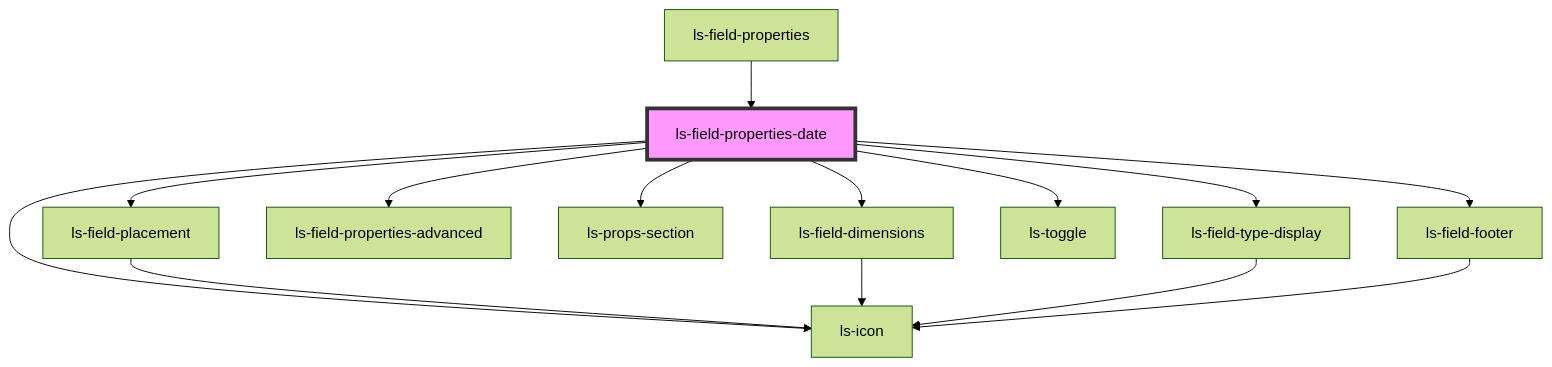
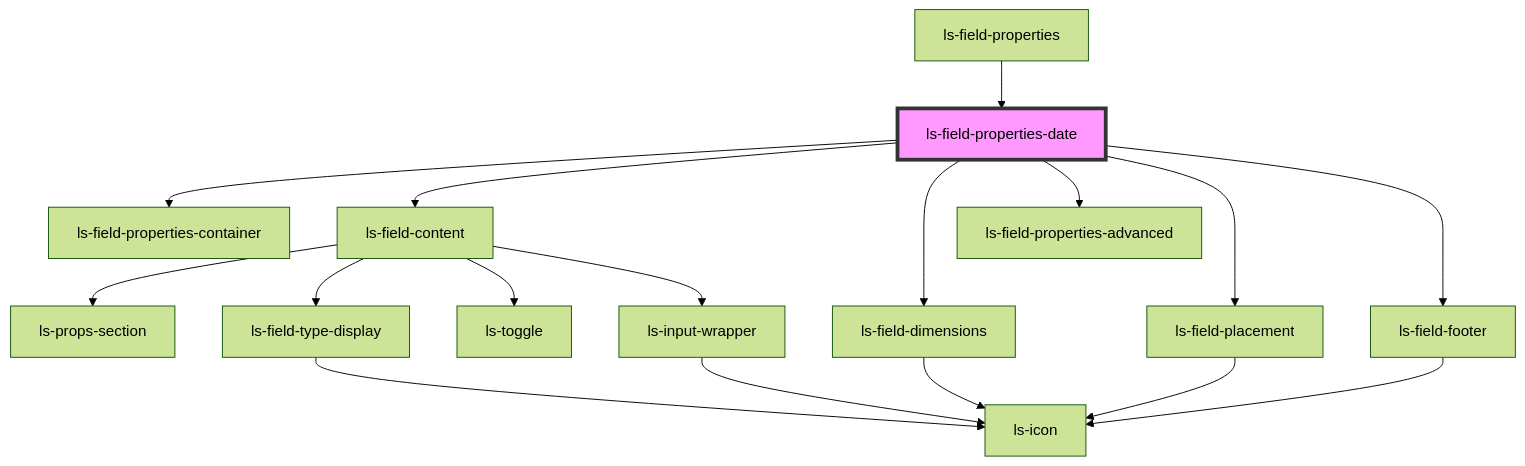
The diagram in src/components/ls-field-properties-date/readme.md (legalesign/ls-document-viewer), drawn with Mermaid (forest theme) before and after one commit. The commit also changed other lines of this file and 23 other files, not shown here.

````diff
--- a/src/components/ls-field-properties-date/readme.md
+++ b/src/components/ls-field-properties-date/readme.md
@@ -34,17 +31,20 @@
 ```mermaid
 graph TD;
-  ls-field-properties-date --> ls-field-placement
+  ls-field-properties-date --> ls-field-properties-container
+  ls-field-properties-date --> ls-field-content
   ls-field-properties-date --> ls-field-dimensions
   ls-field-properties-date --> ls-field-properties-advanced
-  ls-field-properties-date --> ls-props-section
-  ls-field-properties-date --> ls-field-type-display
-  ls-field-properties-date --> ls-toggle
-  ls-field-properties-date --> ls-icon
+  ls-field-properties-date --> ls-field-placement
   ls-field-properties-date --> ls-field-footer
+  ls-field-content --> ls-props-section
+  ls-field-content --> ls-field-type-display
+  ls-field-content --> ls-toggle
+  ls-field-content --> ls-input-wrapper
+  ls-field-type-display --> ls-icon
+  ls-input-wrapper --> ls-icon
+  ls-field-dimensions --> ls-icon
   ls-field-placement --> ls-icon
-  ls-field-dimensions --> ls-icon
-  ls-field-type-display --> ls-icon
   ls-field-footer --> ls-icon
   ls-field-properties --> ls-field-properties-date
   style ls-field-properties-date fill:#f9f,stroke:#333,stroke-width:4px
 ```
````
